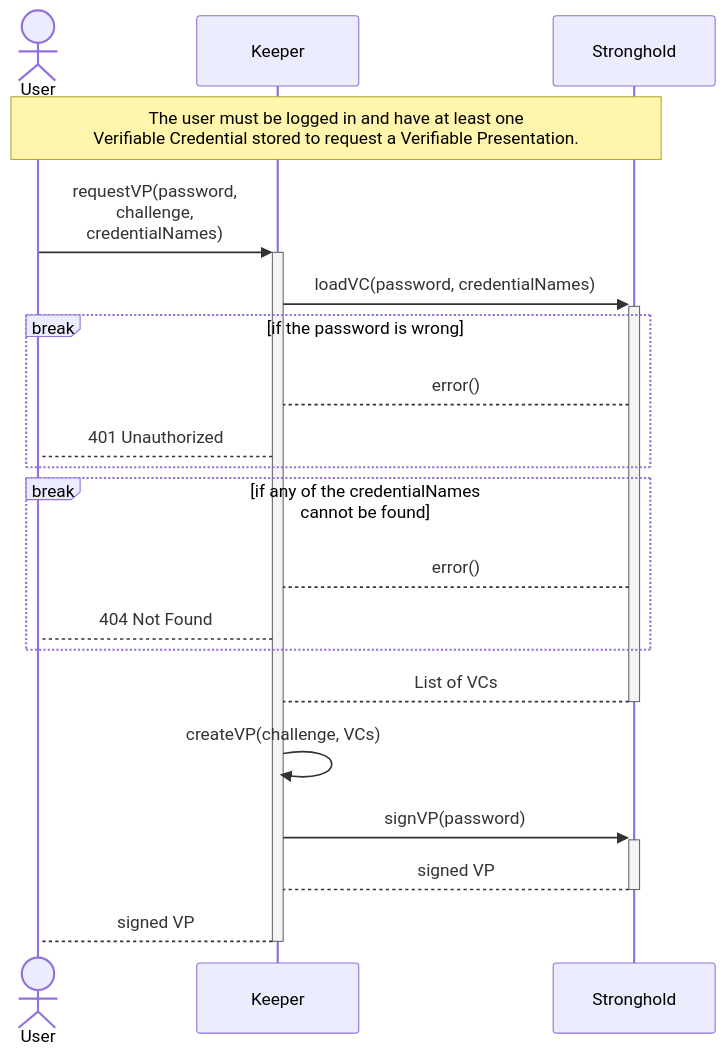
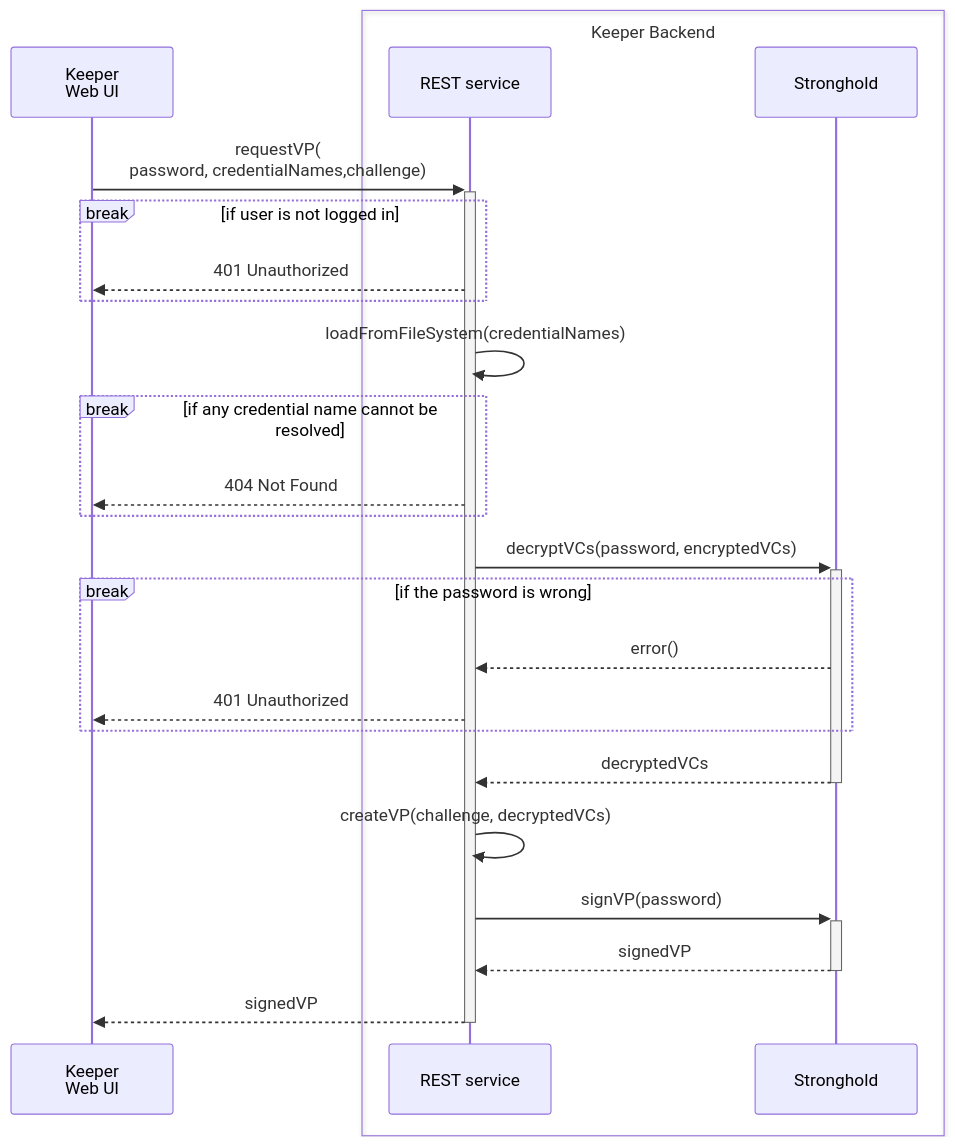
The fourth of 4 diagrams in keeper/README.md (kkmarv/IOTA-Digital-Student-ID), drawn with Mermaid before and after one commit. The commit also changed other lines of this file and 17 other files, not shown here.

````diff
--- a/keeper/README.md
+++ b/keeper/README.md
@@ -69,27 +109,30 @@
 ```mermaid
 %%---
-%%title: Verifiable Presentation Request
+%%title: Verifiable Presentation Creation
 %%---
 sequenceDiagram
-    actor U as User
-    participant K as Keeper
-    participant S as Stronghold
+    participant U as Keeper<br>Web UI
+    box Keeper Backend
+        participant K as REST service
+        participant S as Stronghold
+    end
 
-    Note over U,S: The user must be logged in and have at least one <br> Verifiable Credential stored to request a Verifiable Presentation.
-
-    U->>+K: requestVP(password, <br>challenge, <br>credentialNames)
-    K->>+S: loadVC(password, credentialNames)
+    U->>+K: requestVP(<br>password, credentialNames,challenge)
+    break if user is not logged in
+        K-->>U: 401 Unauthorized
+    end
+    K ->>K: loadFromFileSystem(credentialNames)
+    break if any credential name cannot be resolved
+        K-->>U: 404 Not Found
+    end
+    K->>+S: decryptVCs(password, encryptedVCs)
     break if the password is wrong
-        S-->K: error()
-        K-->U: 401 Unauthorized
+        S-->>K: error()
+        K-->>U: 401 Unauthorized
     end
-    break if any of the credentialNames cannot be found
-        S-->K: error()
-        K-->U: 404 Not Found
-    end
-    S-->-K: List of VCs
-    K->>K: createVP(challenge, VCs)
+    S-->>-K: decryptedVCs
+    K->>K: createVP(challenge, decryptedVCs)
     K->>+S: signVP(password)
-    S-->-K: signed VP
-    K-->-U: signed VP
+    S-->>-K: signedVP
+    K-->>-U: signedVP
 ```
````
